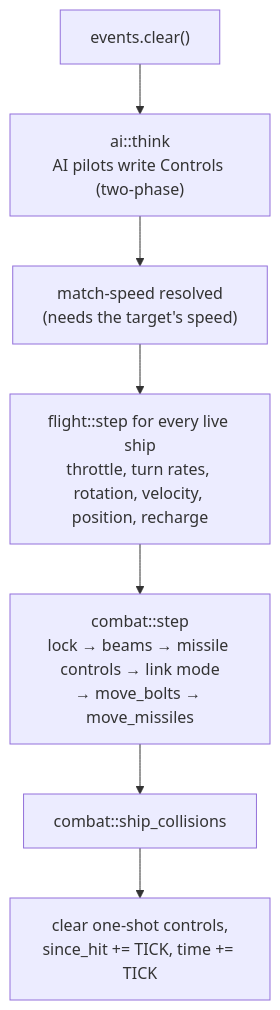
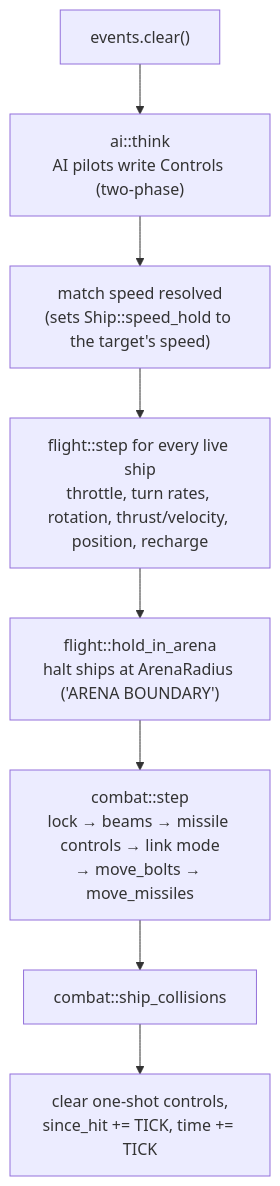
One commit to bbogovich/OpenInterceptor changed the first of 2 diagrams in docs/architecture/sim.md. Above: the diagram before and after it, drawn with Mermaid. The commit also changed other lines of this file and 28 other files, not shown here.

````diff
--- a/docs/architecture/sim.md
+++ b/docs/architecture/sim.md
@@ -12,9 +12,10 @@
 ```mermaid
 flowchart TD
     A["events.clear()"] --> B["ai::think<br/>AI pilots write Controls (two-phase)"]
-    B --> C["match-speed resolved<br/>(needs the target's speed)"]
-    C --> D["flight::step for every live ship<br/>throttle, turn rates, rotation, velocity, position, recharge"]
-    D --> E["combat::step<br/>lock → beams → missile controls → link mode<br/>→ move_bolts → move_missiles"]
+    B --> C["match speed resolved<br/>(sets Ship::speed_hold to the target's speed)"]
+    C --> D["flight::step for every live ship<br/>throttle, turn rates, rotation, thrust/velocity, position, recharge"]
+    D --> D2["flight::hold_in_arena<br/>halt ships at ArenaRadius ('ARENA BOUNDARY')"]
+    D2 --> E["combat::step<br/>lock → beams → missile controls → link mode<br/>→ move_bolts → move_missiles"]
     E --> F["combat::ship_collisions"]
     F --> G["clear one-shot controls,<br/>since_hit += TICK, time += TICK"]
 ```
````
